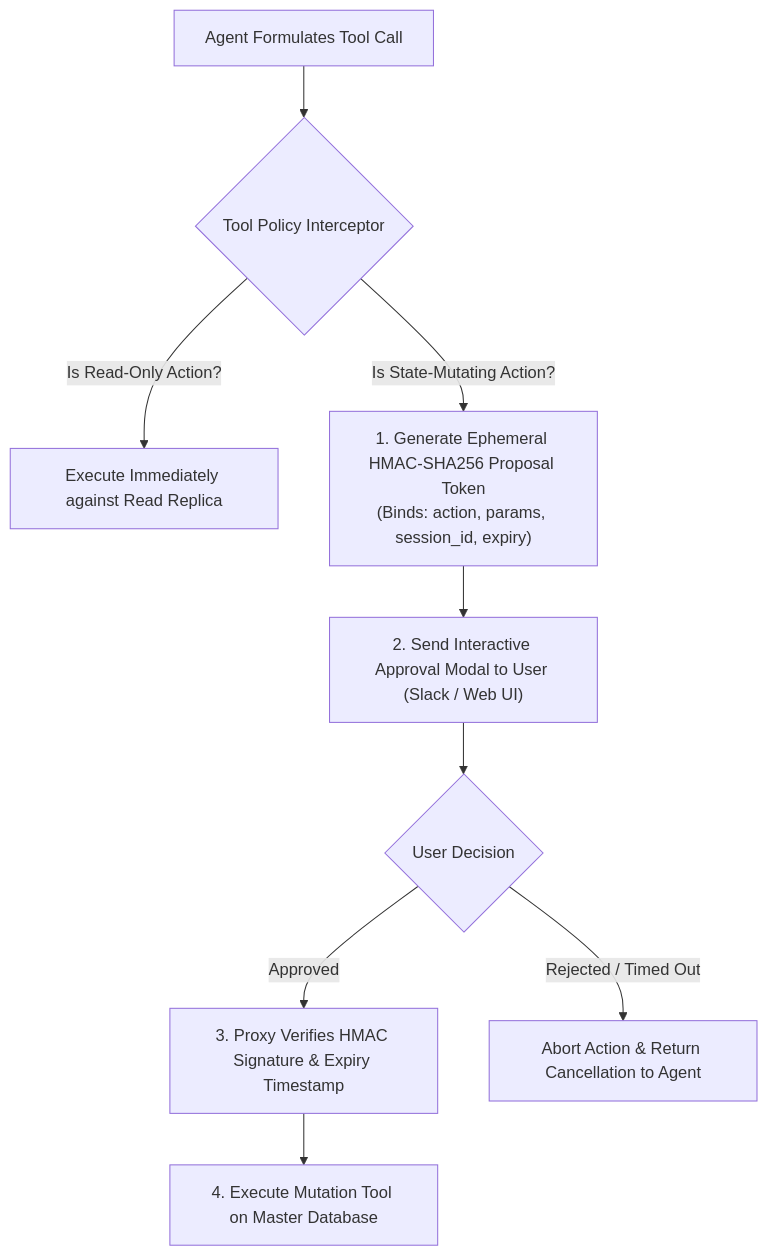
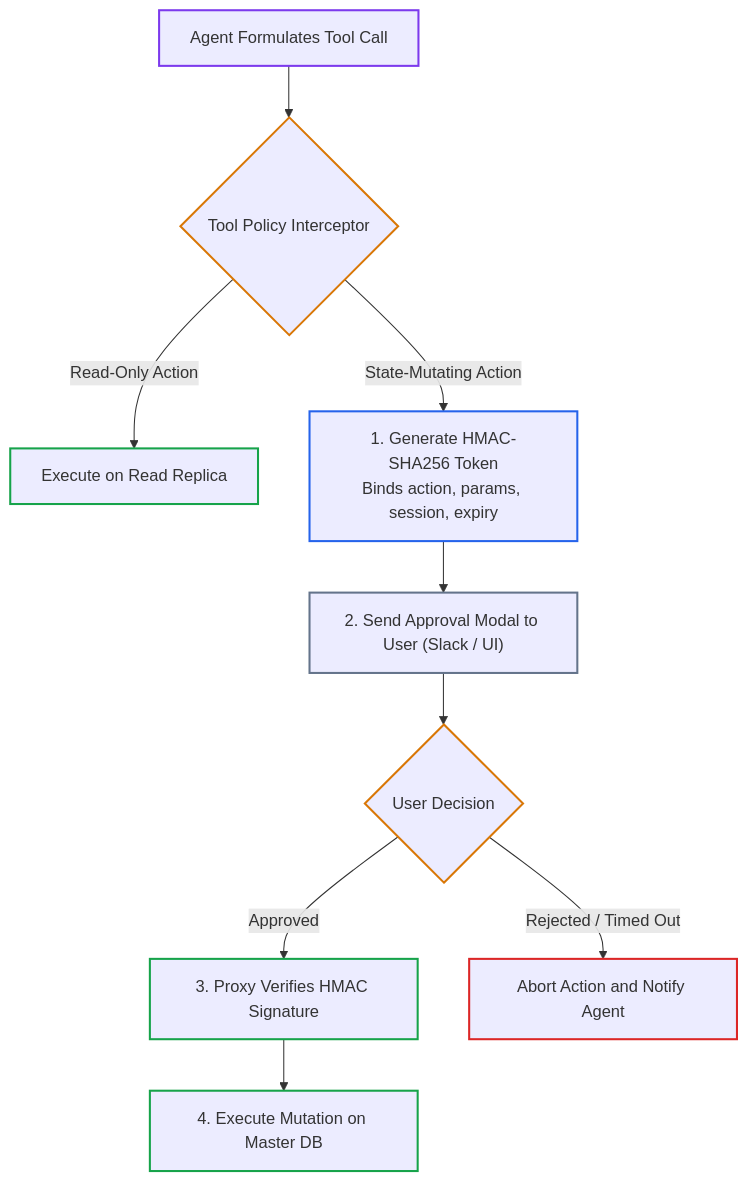
The fourth of 4 diagrams in 05-ai-security-and-guardrails/05-defensive-agent-architecture-and-privilege-separation.md (dip4k/senior-engineer-to-ai-engineer-roadmap), drawn with Mermaid before and after one commit. The commit also changed other lines of this file and 11 other files, not shown here.

First line of the commit message:
refactor(phase-05): AI security, guardrails, and trust architecture

````diff
--- a/05-ai-security-and-guardrails/05-defensive-agent-architecture-and-privilege-separation.md
+++ b/05-ai-security-and-guardrails/05-defensive-agent-architecture-and-privilege-separation.md
@@ -185,14 +143,21 @@
 ```mermaid
 flowchart TD
     Req["Agent Formulates Tool Call"] --> Interceptor{"Tool Policy Interceptor"}
-    Interceptor -->|Is Read-Only Action?| ExecDirect["Execute Immediately against Read Replica"]
-    
-    Interceptor -->|Is State-Mutating Action?| GenToken["1. Generate Ephemeral HMAC-SHA256 Proposal Token<br/>(Binds: action, params, session_id, expiry)"]
-    GenToken --> Prompt["2. Send Interactive Approval Modal to User (Slack / Web UI)"]
+    Interceptor -->|Read-Only Action| ExecDirect["Execute on Read Replica"]
+    Interceptor -->|State-Mutating Action| GenToken["1. Generate HMAC-SHA256 Token<br/>Binds action, params, session, expiry"]
+    GenToken --> Prompt["2. Send Approval Modal to User (Slack / UI)"]
     Prompt --> UserDec{"User Decision"}
-    
-    UserDec -->|Approved| Verify["3. Proxy Verifies HMAC Signature & Expiry Timestamp"]
-    Verify --> Commit["4. Execute Mutation Tool on Master Database"]
-    
-    UserDec -->|Rejected / Timed Out| Abort["Abort Action & Return Cancellation to Agent"]
+    UserDec -->|Approved| Verify["3. Proxy Verifies HMAC Signature"]
+    Verify --> Commit["4. Execute Mutation on Master DB"]
+    UserDec -->|Rejected / Timed Out| Abort["Abort Action and Notify Agent"]
+
+    style Req stroke:#7c3aed,stroke-width:2px
+    style Interceptor stroke:#d97706,stroke-width:2px
+    style ExecDirect stroke:#16a34a,stroke-width:2px
+    style GenToken stroke:#2563eb,stroke-width:2px
+    style Prompt stroke:#64748b,stroke-width:2px
+    style UserDec stroke:#d97706,stroke-width:2px
+    style Verify stroke:#16a34a,stroke-width:2px
+    style Commit stroke:#16a34a,stroke-width:2px
+    style Abort stroke:#dc2626,stroke-width:2px
 ```
````
